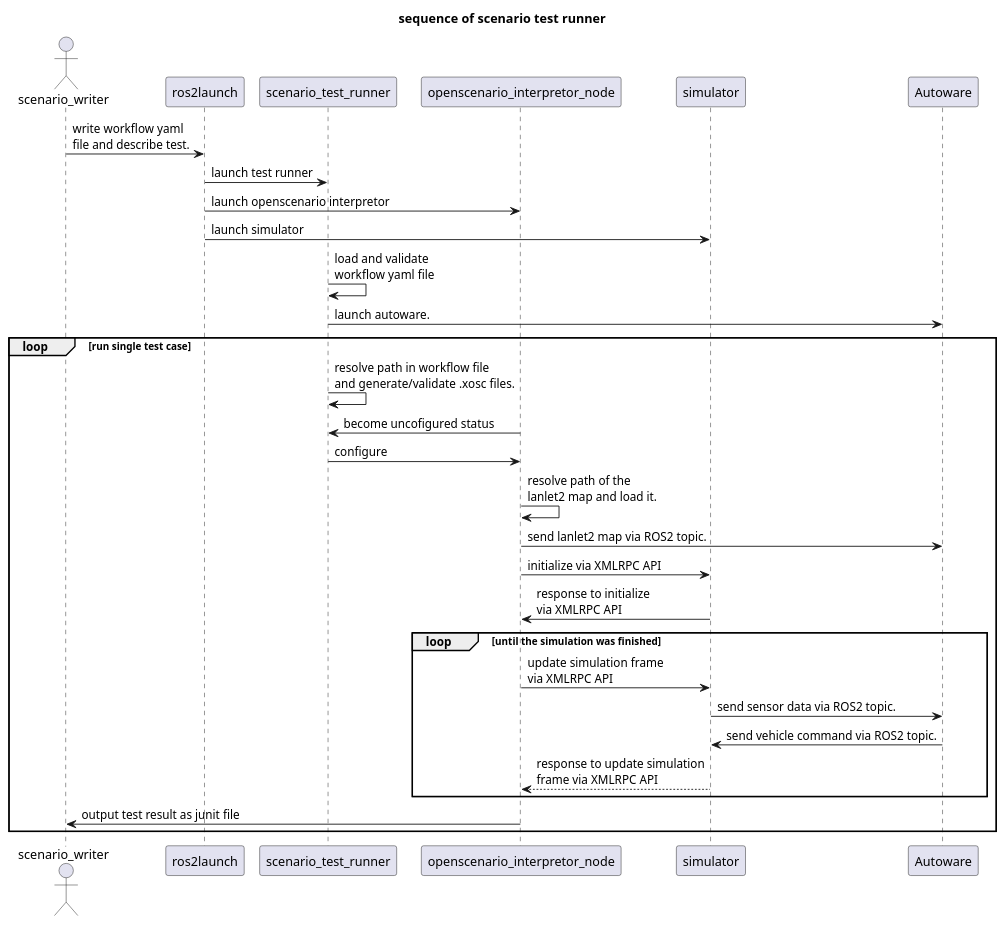
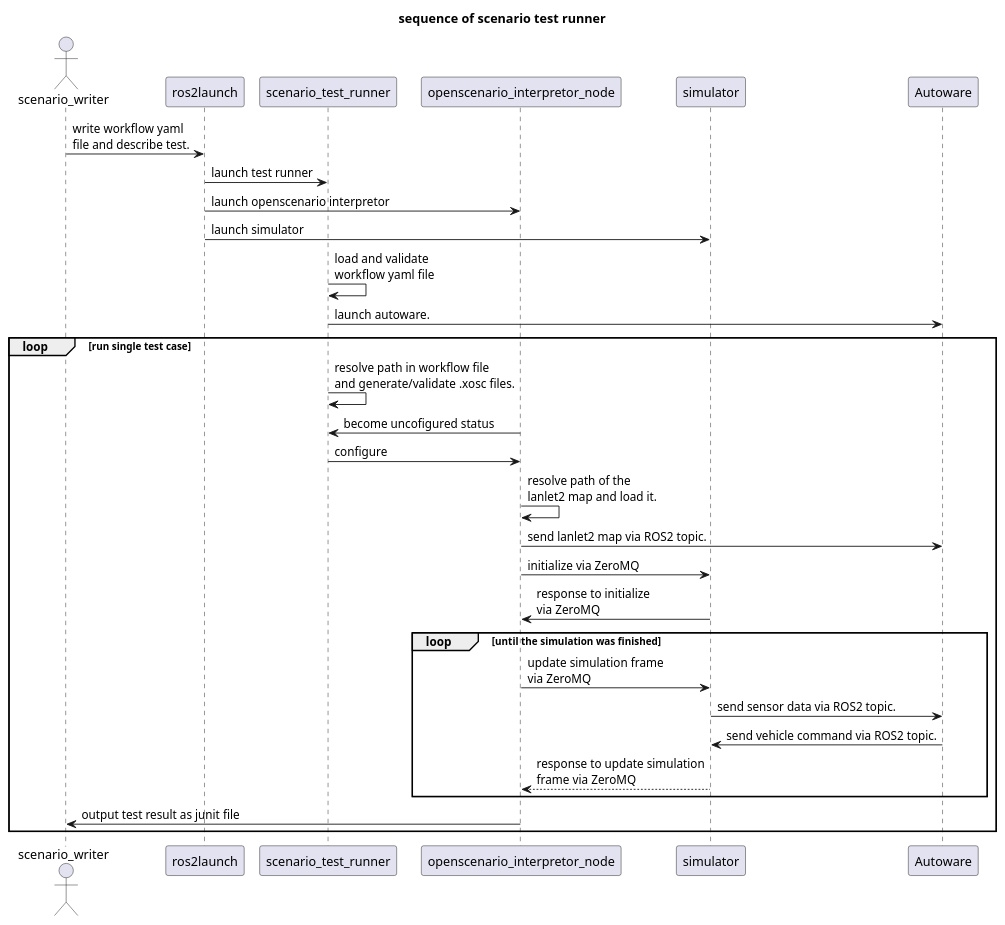
One commit to tier4/scenario_simulator_v2 changed the diagram in docs/design/uml/sequence.pu. Above: the diagram before and after it, drawn with PlantUML. The commit also changed 10 other files, not shown here.

```diff
--- a/docs/design/uml/sequence.pu
+++ b/docs/design/uml/sequence.pu
@@ -1,34 +1,34 @@
 @startuml{sequence.png}
 title sequence of scenario test runner
 
 actor scenario_writer
 
 scenario_writer -> ros2launch : write workflow yaml\nfile and describe test.
 ros2launch -> scenario_test_runner : launch test runner
 ros2launch -> openscenario_interpretor_node : launch openscenario interpretor
 ros2launch -> simulator : launch simulator
 
 scenario_test_runner -> scenario_test_runner : load and validate\nworkflow yaml file
 scenario_test_runner -> Autoware : launch autoware.
 loop run single test case
     scenario_test_runner -> scenario_test_runner : resolve path in workflow file\nand generate/validate .xosc files.
 
     openscenario_interpretor_node -> scenario_test_runner: become uncofigured status
     scenario_test_runner -> openscenario_interpretor_node:configure
 
     openscenario_interpretor_node -> openscenario_interpretor_node: resolve path of the\nlanlet2 map and load it.
     openscenario_interpretor_node -> Autoware : send lanlet2 map via ROS2 topic.
 
-    openscenario_interpretor_node -> simulator: initialize via XMLRPC API
-    simulator -> openscenario_interpretor_node: response to initialize\nvia XMLRPC API
+    openscenario_interpretor_node -> simulator: initialize via ZeroMQ
+    simulator -> openscenario_interpretor_node: response to initialize\nvia ZeroMQ
 
     loop until the simulation was finished
-        openscenario_interpretor_node -> simulator: update simulation frame\nvia XMLRPC API
+        openscenario_interpretor_node -> simulator: update simulation frame\nvia ZeroMQ
         simulator -> Autoware: send sensor data via ROS2 topic.
         Autoware -> simulator: send vehicle command via ROS2 topic.
-        openscenario_interpretor_node <-- simulator: response to update simulation\nframe via XMLRPC API
+        openscenario_interpretor_node <-- simulator: response to update simulation\nframe via ZeroMQ
     end
     openscenario_interpretor_node -> scenario_writer : output test result as junit file
 end
 
 @enduml
```
